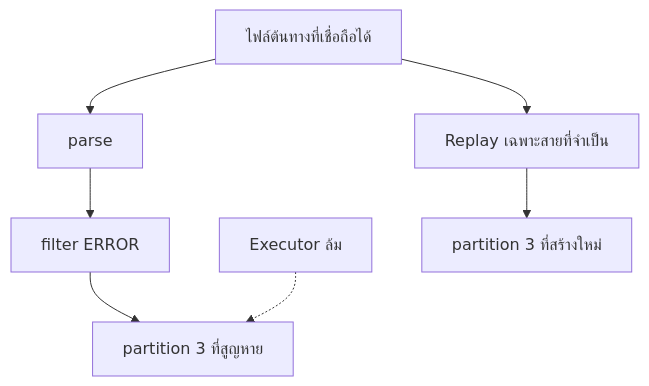
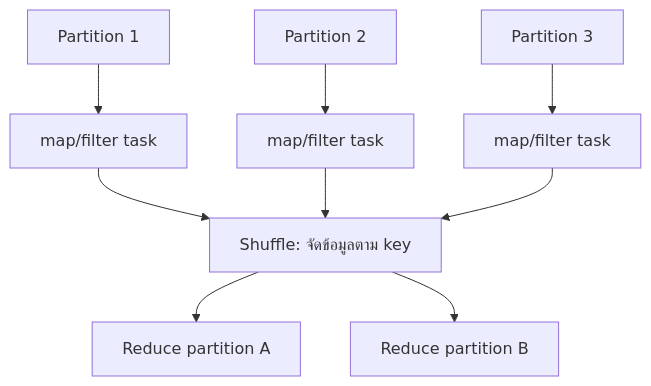
Before and after one commit to mdanmek/nida-dads-notes: the third of 3 diagrams in dads6002-big-data-analytics/summary/05_spark.md, drawn with Mermaid. The commit also changed other lines of this file, not shown here.

````diff
--- a/dads6002-big-data-analytics/summary/05_spark.md
+++ b/dads6002-big-data-analytics/summary/05_spark.md
@@ -213,9 +127,11 @@
 ```mermaid
 flowchart TD
-    I["ไฟล์ต้นทางที่เชื่อถือได้"] --> P["parse"]
-    P --> F["filter ERROR"]
-    F --> G["partition 3 ที่สูญหาย"]
-    X["Executor ล้ม"] -.-> G
-    I --> R["Replay เฉพาะสายที่จำเป็น"]
-    R --> N["partition 3 ที่สร้างใหม่"]
+    P1["Partition 1"] --> M1["map/filter task"]
+    P2["Partition 2"] --> M2["map/filter task"]
+    P3["Partition 3"] --> M3["map/filter task"]
+    M1 --> S["Shuffle: จัดข้อมูลตาม key"]
+    M2 --> S
+    M3 --> S
+    S --> R1["Reduce partition A"]
+    S --> R2["Reduce partition B"]
 ```
````
